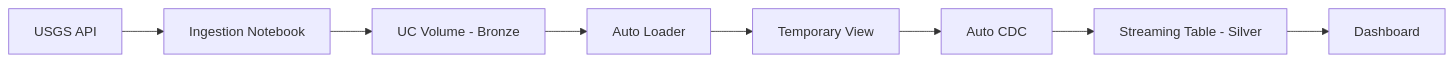
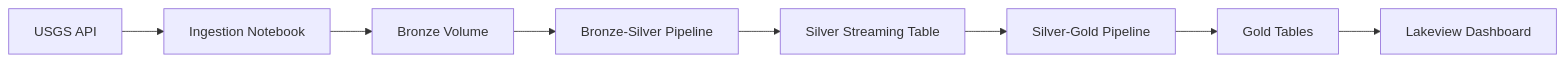
One commit to usamapatel-0/Data1_Earthquake_Project changed the diagram in README.md. Above: the diagram before and after it, drawn with Mermaid. The commit also changed other lines of this file, not shown here.

First line of the commit message:
Revise README for Medallion Architecture alignment

````diff
--- a/README.md
+++ b/README.md
@@ -85,10 +171,17 @@
 ```mermaid
 graph LR
-    A[USGS API] --> B[Ingestion Notebook]
-    B --> C[UC Volume - Bronze]
-    C --> D[Auto Loader]
-    D --> E[Temporary View]
-    E --> F[Auto CDC]
-    F --> G[Streaming Table - Silver]
-    G --> H[Dashboard]
+    A[USGS API]
+    --> B[Ingestion Notebook]
+
+    B --> C[Bronze Volume]
+
+    C --> D[Bronze-Silver Pipeline]
+
+    D --> E[Silver Streaming Table]
+
+    E --> F[Silver-Gold Pipeline]
+
+    F --> G[Gold Tables]
+
+    G --> H[Lakeview Dashboard]
 ```
````
